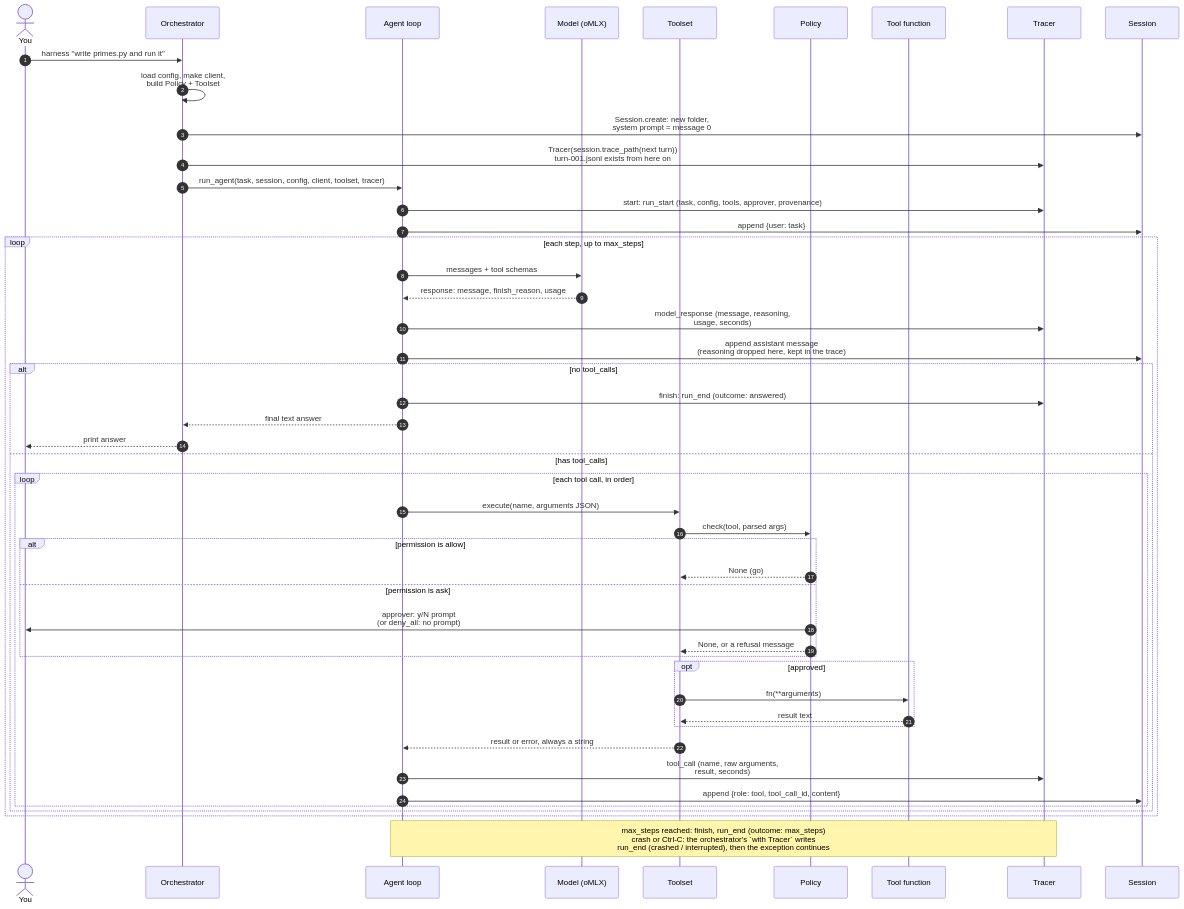
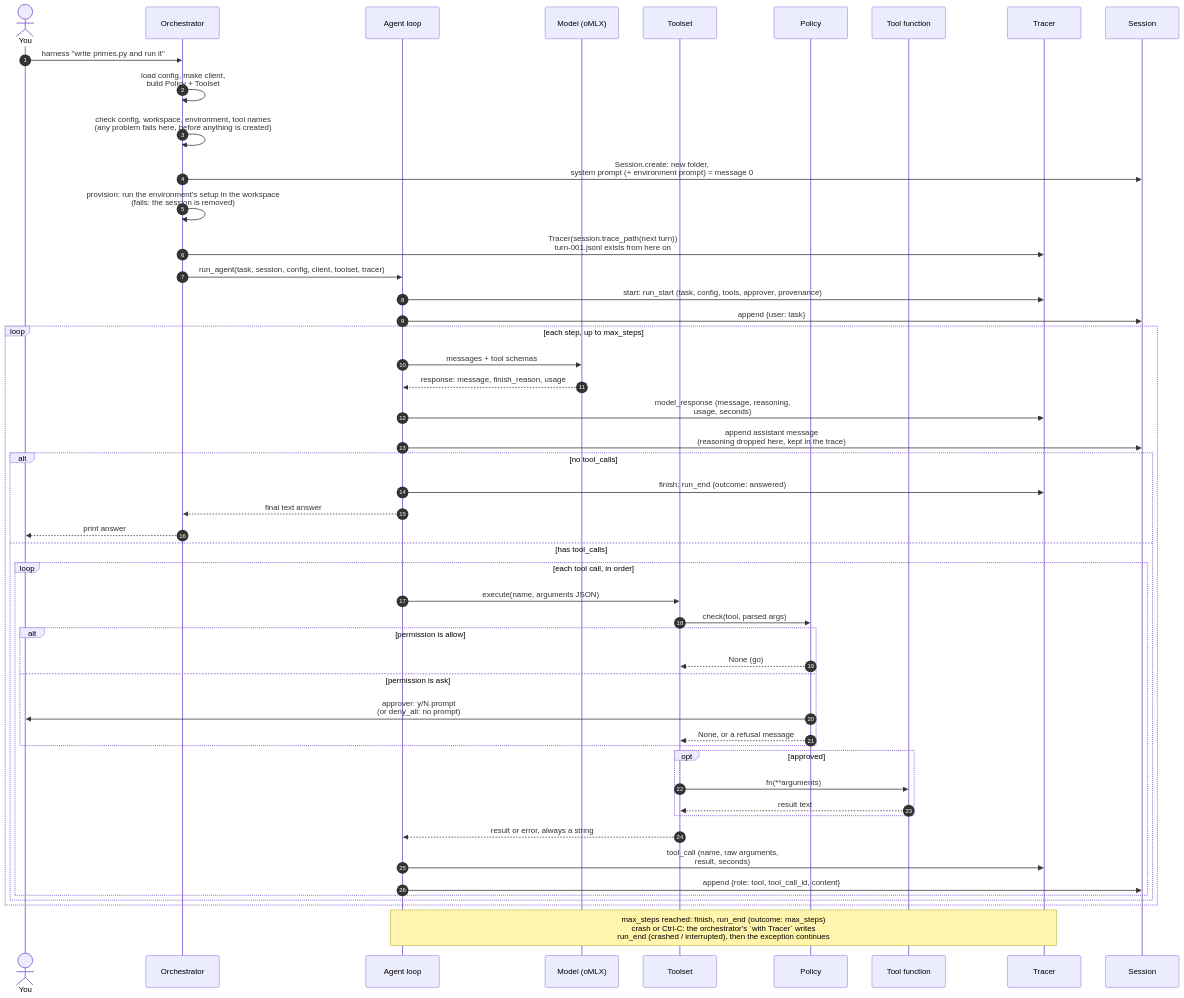
Before and after one commit to adgnvtefc/orchestra: the second of 4 diagrams in visual_representation.md, drawn with Mermaid. The commit also changed other lines of this file and 12 other files, not shown here.

````diff
--- a/visual_representation.md
+++ b/visual_representation.md
@@ -67,52 +69,54 @@
 ```mermaid
 sequenceDiagram
     autonumber
     actor You
     participant O as Orchestrator
     participant A as Agent loop
     participant M as Model (oMLX)
     participant T as Toolset
     participant P as Policy
     participant F as Tool function
     participant R as Tracer
     participant S as Session
 
     You->>O: harness "write primes.py and run it"
     O->>O: load config, make client,<br/>build Policy + Toolset
-    O->>S: Session.create: new folder,<br/>system prompt = message 0
+    O->>O: check config, workspace, environment, tool names<br/>(any problem fails here, before anything is created)
+    O->>S: Session.create: new folder,<br/>system prompt (+ environment prompt) = message 0
+    O->>O: provision: run the environment's setup in the workspace<br/>(fails: the session is removed)
     O->>R: Tracer(session.trace_path(next turn))<br/>turn-001.jsonl exists from here on
     O->>A: run_agent(task, session, config, client, toolset, tracer)
     A->>R: start: run_start (task, config, tools, approver, provenance)
     A->>S: append {user: task}
 
     loop each step, up to max_steps
         A->>M: messages + tool schemas
         M-->>A: response: message, finish_reason, usage
         A->>R: model_response (message, reasoning,<br/>usage, seconds)
         A->>S: append assistant message<br/>(reasoning dropped here, kept in the trace)
         alt no tool_calls
             A->>R: finish: run_end (outcome: answered)
             A-->>O: final text answer
             O-->>You: print answer
         else has tool_calls
             loop each tool call, in order
                 A->>T: execute(name, arguments JSON)
                 T->>P: check(tool, parsed args)
                 alt permission is allow
                     P-->>T: None (go)
                 else permission is ask
                     P->>You: approver: y/N prompt<br/>(or deny_all: no prompt)
                     P-->>T: None, or a refusal message
                 end
                 opt approved
                     T->>F: fn(**arguments)
                     F-->>T: result text
                 end
                 T-->>A: result or error, always a string
                 A->>R: tool_call (name, raw arguments,<br/>result, seconds)
                 A->>S: append {role: tool, tool_call_id, content}
             end
         end
     end
     Note over A,R: max_steps reached: finish, run_end (outcome: max_steps)<br/>crash or Ctrl-C: the orchestrator's `with Tracer` writes<br/>run_end (crashed / interrupted), then the exception continues
 ```
````
